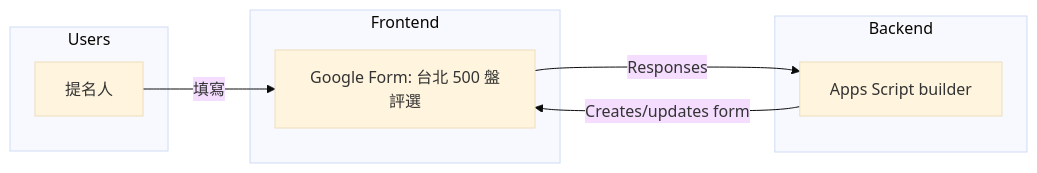
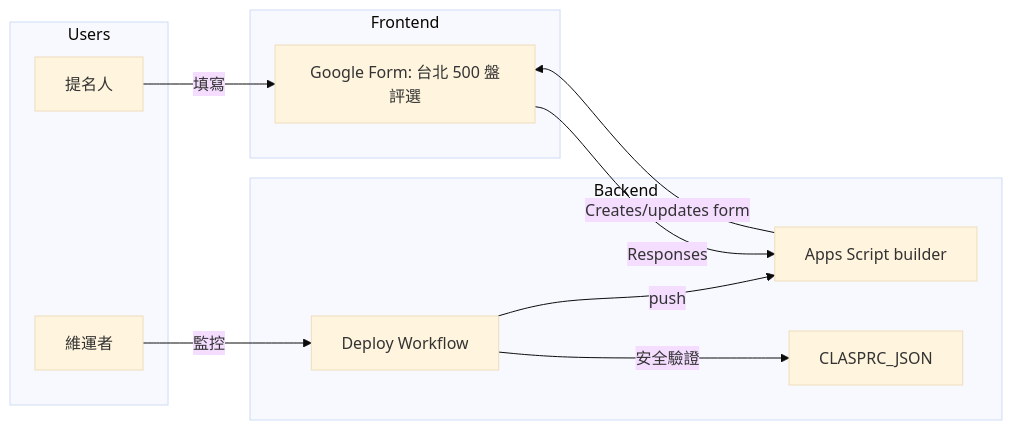
Before and after one commit to muyueh/clasp-from-fresh: the fifth of 5 diagrams in README.md, drawn with Mermaid (base theme). The commit also changed other lines of this file and 2 other files, not shown here.

Commit message:
Harden clasp deploy workflow

````diff
--- a/README.md
+++ b/README.md
@@ -47,14 +65,19 @@
 ```mermaid
 flowchart LR
     subgraph Users
         A[提名人]
+        Maint[維運者]
     end
     subgraph Frontend
         Form[Google Form: 台北 500 盤評選]
     end
     subgraph Backend
+        CI[Deploy Workflow]
+        Secret[CLASPRC_JSON]
         Script[Apps Script builder]
     end
     A -->|填寫| Form -->|Responses| Script
     Script -->|Creates/updates form| Form
+    Maint -->|監控| CI -->|安全驗證| Secret
+    CI -->|push| Script
 ```
````
